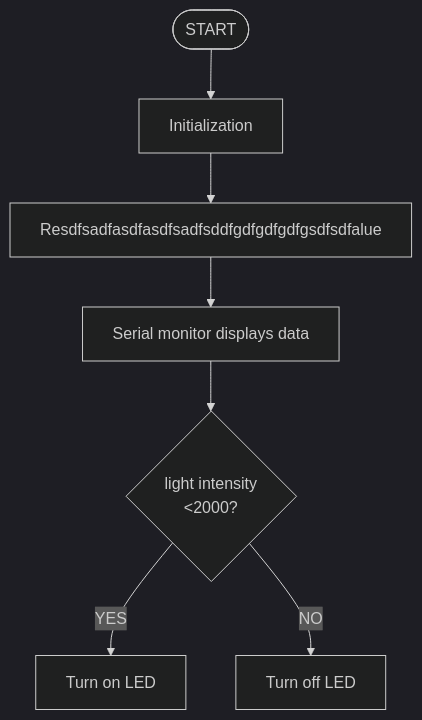
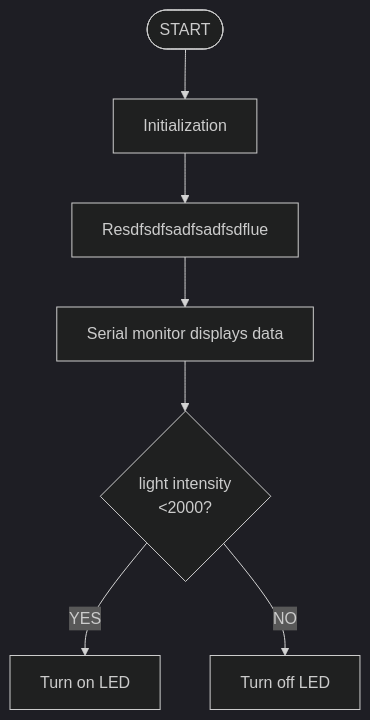
One commit to keyestudio/KS0597- changed the fifth of 6 diagrams in docs/4.Arduino Projects/4.3 Projects/Project 1.md. Above: the diagram before and after it, drawn with Mermaid (dark theme). The commit also changed other lines of this file, not shown here.

````diff
--- a/docs/4.Arduino Projects/4.3 Projects/Project 1.md
+++ b/docs/4.Arduino Projects/4.3 Projects/Project 1.md
@@ -395,10 +395,10 @@
 ```mermaid
 graph TD
     A([START]) --> B[Initialization]
-    B --> C[Resdfsadfasdfasdfsadfsddfgdfgdfgdfgsdfsdfalue]
+    B --> C[Resdfsdfsadfsadfsdflue]
     C --> D[Serial monitor displays data]
     D --> E{light intensity<br><2000?}
     E -- YES --> F[Turn on LED]
     E -- NO --> G[Turn off LED]
    
 ```
````
